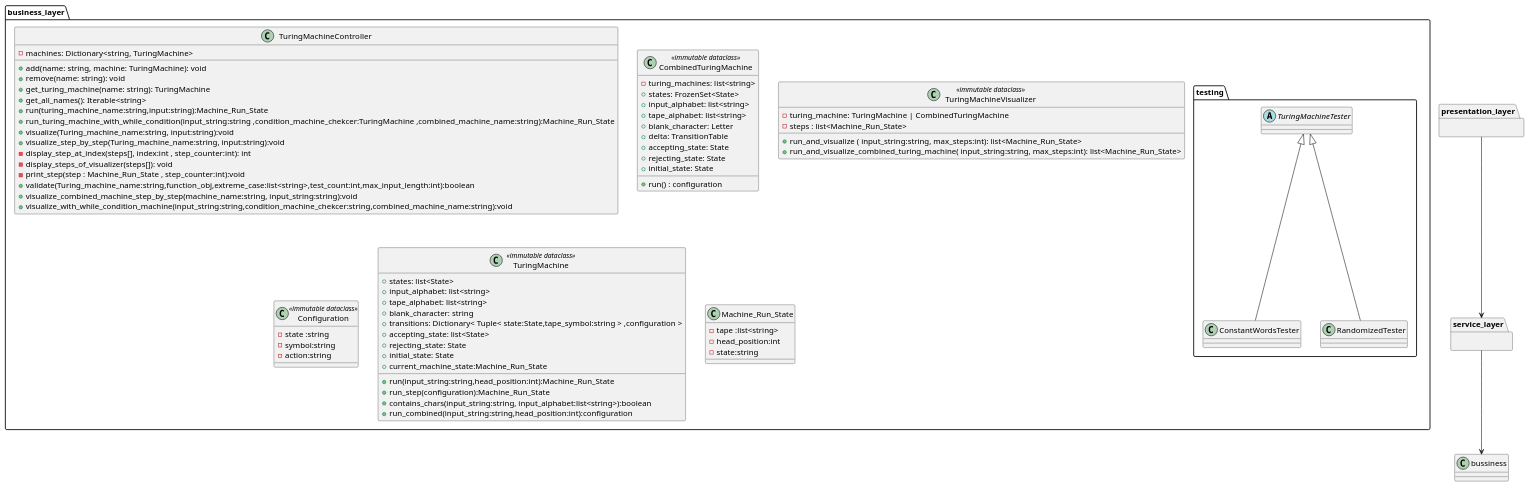
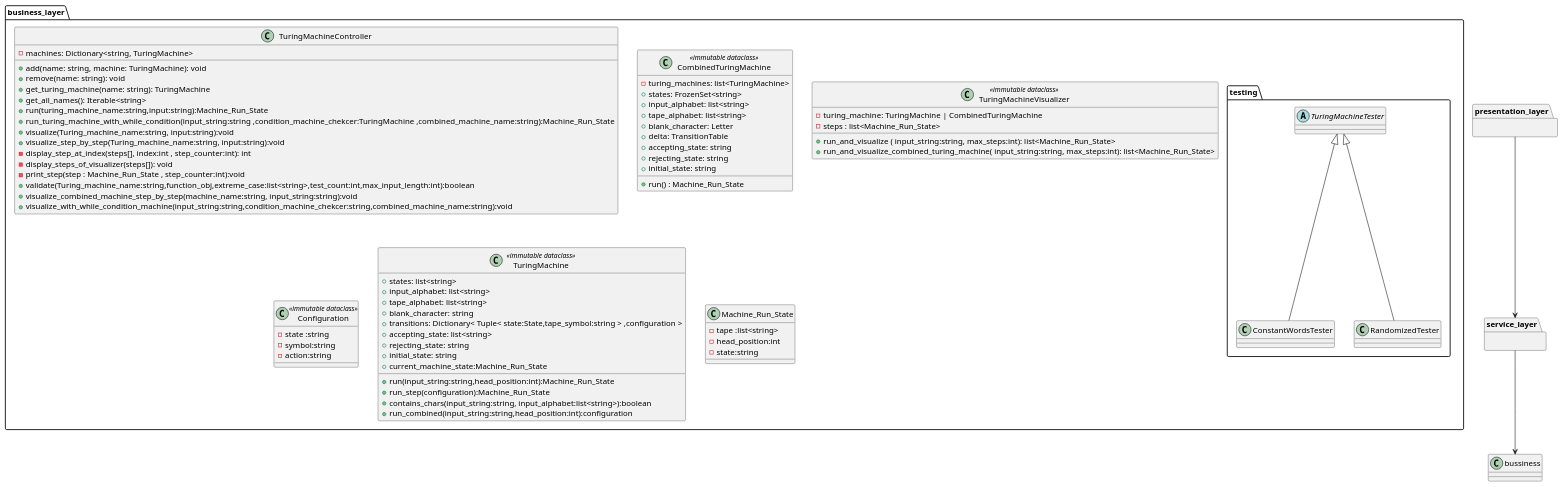
One commit to Turing-Machine-Tutor/Turing-Machine-Tutor changed the diagram in docs/uml/bussiness_layer.puml. Above: the diagram before and after it, drawn with PlantUML.

Commit message:
updated UML

```diff
--- a/docs/uml/bussiness_layer.puml
+++ b/docs/uml/bussiness_layer.puml
@@ -1,112 +1,111 @@
 @startuml
 
 
 
 package business_layer {
     class TuringMachineController {
         - machines: Dictionary<string, TuringMachine>
-
         + add(name: string, machine: TuringMachine): void
         + remove(name: string): void
         + get_turing_machine(name: string): TuringMachine
         + get_all_names(): Iterable<string>
         + run(turing_machine_name:string,input:string):Machine_Run_State
         +run_turing_machine_with_while_condition(input_string:string ,condition_machine_chekcer:TuringMachine ,combined_machine_name:string):Machine_Run_State
         +visualize(Turing_machine_name:string, input:string):void
         +visualize_step_by_step(Turing_machine_name:string, input:string):void
         -display_step_at_index(steps[], index:int , step_counter:int): int
         -display_steps_of_visualizer(steps[]): void
         -print_step(step : Machine_Run_State , step_counter:int):void
         +validate(Turing_machine_name:string,function_obj,extreme_case:list<string>,test_count:int,max_input_length:int):boolean
         +visualize_combined_machine_step_by_step(machine_name:string, input_string:string):void
         +visualize_with_while_condition_machine(input_string:string,condition_machine_chekcer:string,combined_machine_name:string):void
     }
 
 
  class CombinedTuringMachine <<immutable dataclass>> {
-        -turing_machines: list<string>
-        +run() : configuration
-        + states: FrozenSet<State>
+        -turing_machines: list<TuringMachine>
+        +run() : Machine_Run_State
+        + states: FrozenSet<string>
         + input_alphabet: list<string>
         + tape_alphabet: list<string>
         + blank_character: Letter
         + delta: TransitionTable
-        + accepting_state: State
-        + rejecting_state: State
-        + initial_state: State
+        + accepting_state: string
+        + rejecting_state: string
+        + initial_state: string
 
     }
 
 
      class TuringMachineVisualizer <<immutable dataclass>> {
         -turing_machine: TuringMachine | CombinedTuringMachine
         -steps : list<Machine_Run_State>
         +run_and_visualize ( input_string:string, max_steps:int): list<Machine_Run_State>
         +run_and_visualize_combined_turing_machine( input_string:string, max_steps:int): list<Machine_Run_State>
     }
 
     class Configuration <<immutable dataclass>> {
          -state :string
         -symbol:string
         -action:string
     }
 
 
 
     class TuringMachine <<immutable dataclass>> {
-        + states: list<State>
+        + states: list<string>
         + input_alphabet: list<string>
         + tape_alphabet: list<string>
         + blank_character: string
         + transitions: Dictionary< Tuple< state:State,tape_symbol:string > ,configuration >
-        + accepting_state: list<State>
-        + rejecting_state: State
-        + initial_state: State
+        + accepting_state: list<string>
+        + rejecting_state: string
+        + initial_state: string
         +current_machine_state:Machine_Run_State
         +run(input_string:string,head_position:int):Machine_Run_State
         +run_step(configuration):Machine_Run_State
         +contains_chars(input_string:string, input_alphabet:list<string>):boolean
         +run_combined(input_string:string,head_position:int):configuration
 
     }
 
     class Machine_Run_State {
        -tape :list<string>
        -head_position:int
        -state:string
     }
 
 
 
 package testing {
     abstract class TuringMachineTester {
 
     }
 
     class ConstantWordsTester {
 
     }
 
     class RandomizedTester {
 
     }
 
     ConstantWordsTester -u-|> TuringMachineTester
     RandomizedTester -u-|> TuringMachineTester
 
     }
 }
 
 
 package service_layer {
 
 }
 
 package presentation_layer {
 
 }
 
 service_layer -d-> bussiness
 presentation_layer -d-> service_layer
 
 @enduml
```
